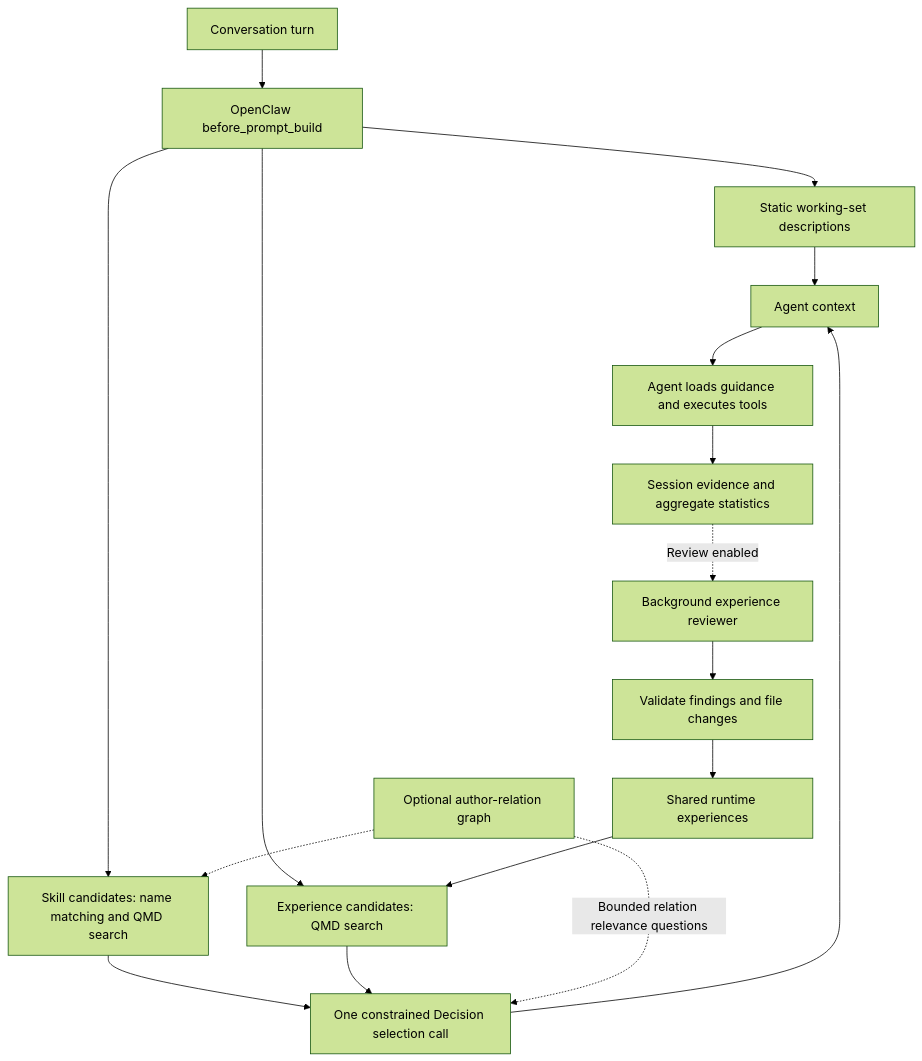
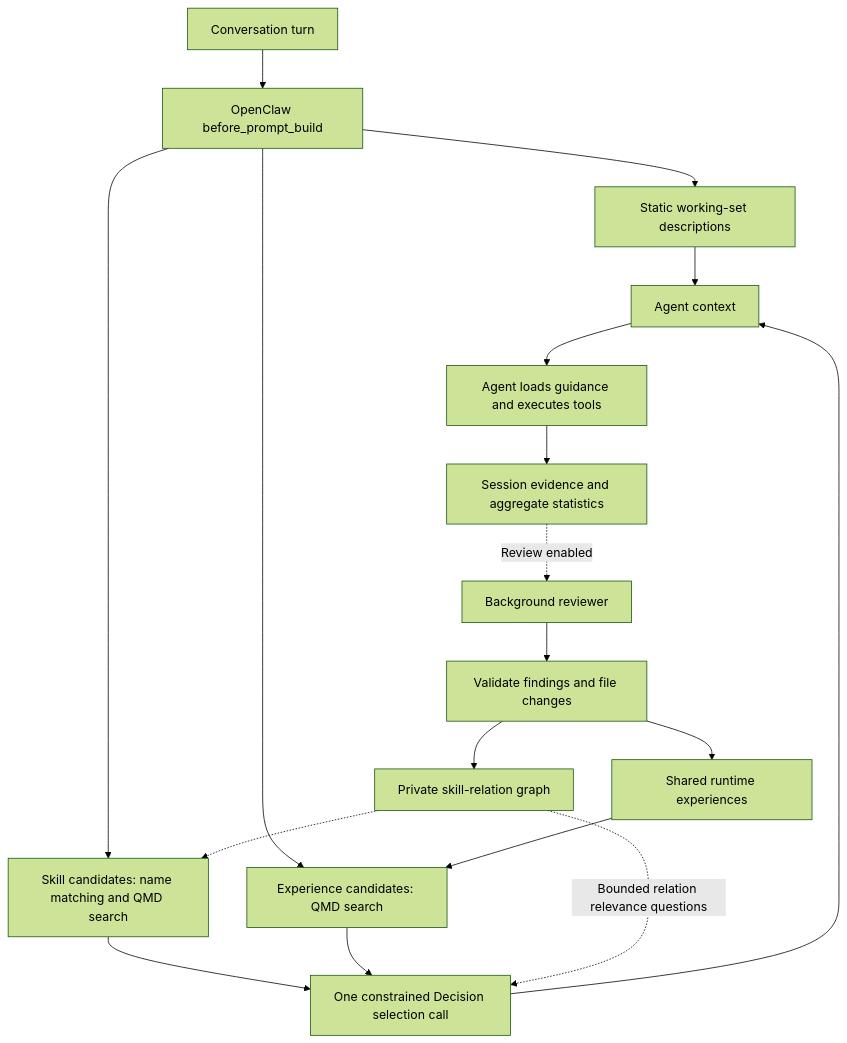
The diagram in README.md (ani6439walc/openclaw-plugin-skill-harness), drawn with Mermaid (forest theme) before and after one commit. The commit also changed other lines of this file and 26 other files, not shown here.

Commit message:
feat(review): evolve skill relations through autonomous exploration

````diff
--- a/README.md
+++ b/README.md
@@ -38,19 +38,20 @@
 ```mermaid
 flowchart TD
   U[Conversation turn] --> H[OpenClaw before_prompt_build]
   H --> W[Static working-set descriptions]
   H --> S[Skill candidates: name matching and QMD search]
   H --> E[Experience candidates: QMD search]
-  G[Optional author-relation graph] -.-> S
+  G[Private skill-relation graph] -.-> S
   S --> J[One constrained Decision selection call]
   E --> J
   G -. Bounded relation relevance questions .-> J
   W --> C[Agent context]
   J --> C
   C --> A[Agent loads guidance and executes tools]
   A --> T[Session evidence and aggregate statistics]
-  T -. Review enabled .-> R[Background experience reviewer]
+  T -. Review enabled .-> R[Background reviewer]
   R --> V[Validate findings and file changes]
   V --> X[Shared runtime experiences]
+  V --> G
   X --> E
 ```
````
